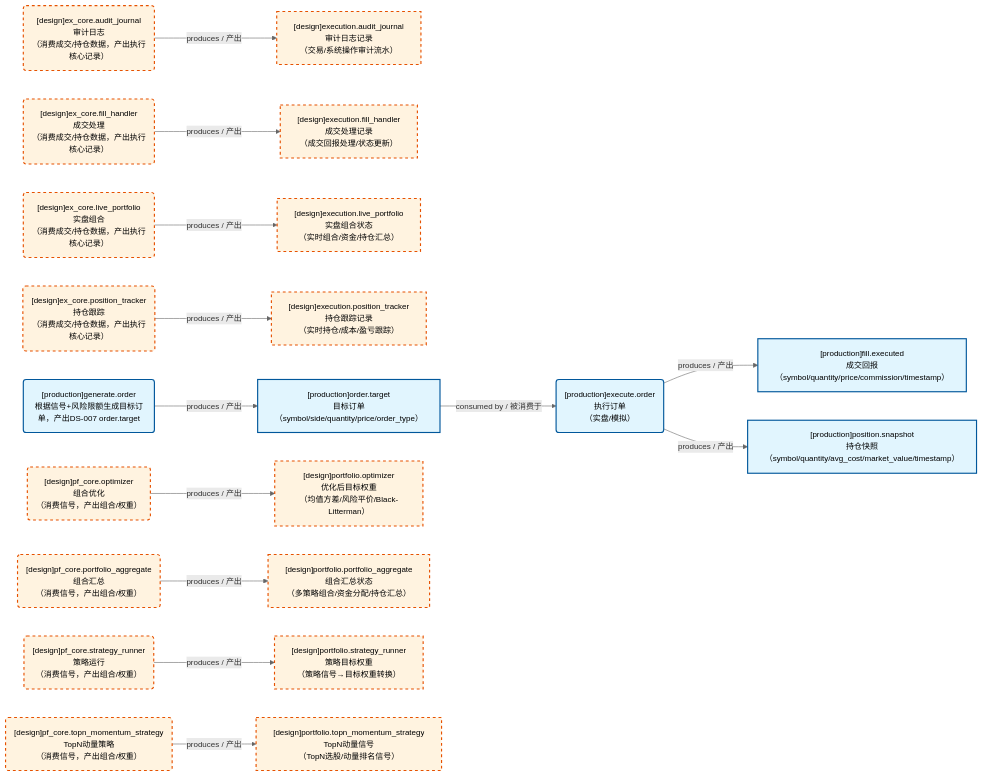
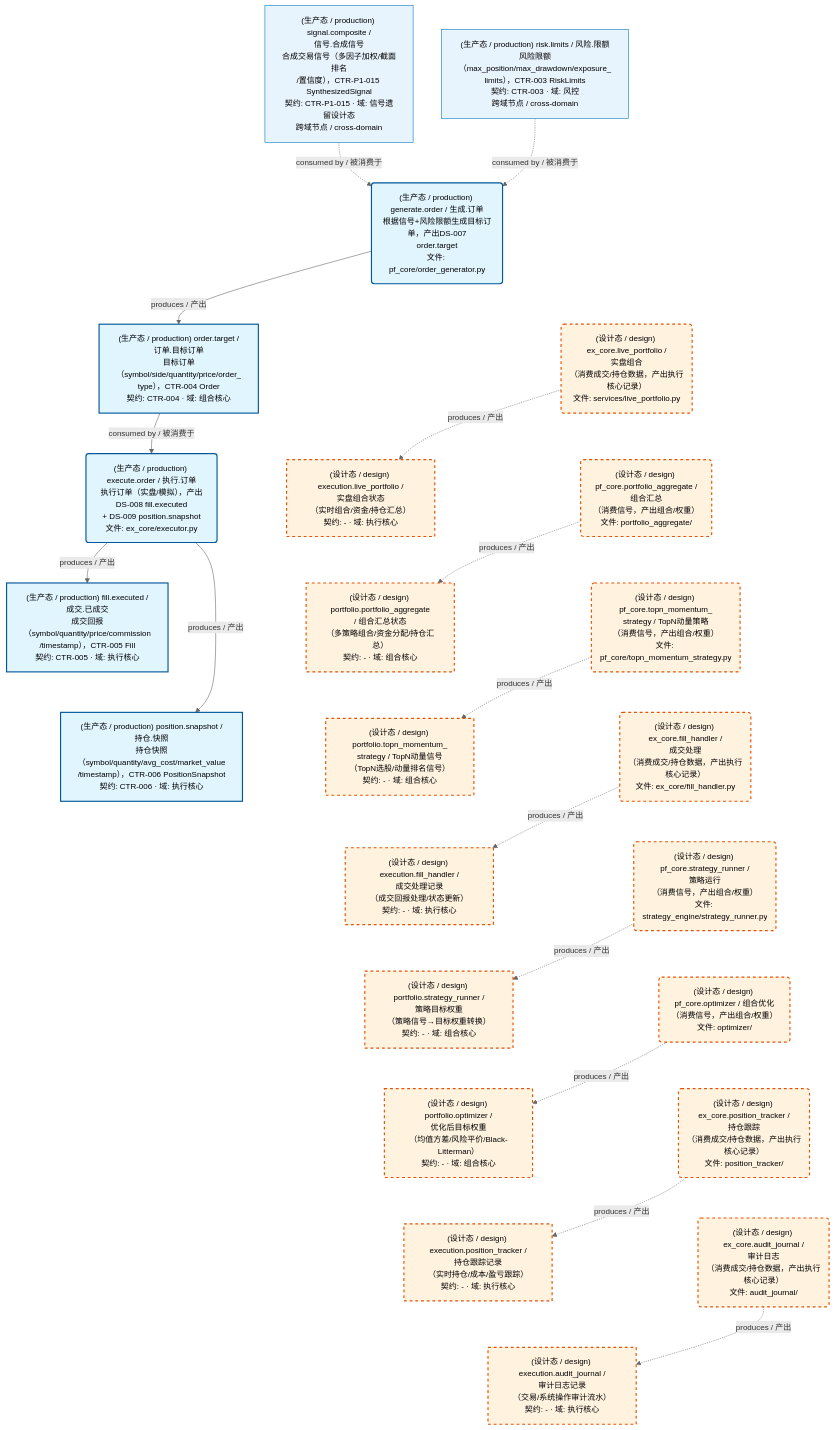
Before and after one commit to xuanFelixVan/ZephyrAlpha: the first of 3 diagrams in docs/02_enterprise_architecture/05_dataflow_architecture/d_ex_pf_core.md, drawn with Mermaid. The commit also changed other lines of this file and 15 other files, not shown here.

First line of the commit message:
feat(dataflow): 数据流图生成器模板 V1.2 全面升级——灰色主题+TD竖排+四要素+预折行+HTML联动

````diff
--- a/docs/02_enterprise_architecture/05_dataflow_architecture/d_ex_pf_core.md
+++ b/docs/02_enterprise_architecture/05_dataflow_architecture/d_ex_pf_core.md
@@ -25,41 +50,65 @@
 ```mermaid
-%%{init: {'theme': 'base', 'themeVariables': {'primaryColor': '#eaeaea', 'primaryTextColor': '#333333', 'primaryBorderColor': '#666666', 'lineColor': '#666666', 'secondaryColor': '#eaeaea', 'tertiaryColor': '#eaeaea', 'fontSize': '14px'}}}%%
-flowchart LR
-    DS11263["[design]execution.audit_journal<br/>审计日志记录<br/>（交易/系统操作审计流水）"]
-    DS11264["[design]execution.fill_handler<br/>成交处理记录<br/>（成交回报处理/状态更新）"]
-    DS11266["[design]execution.live_portfolio<br/>实盘组合状态<br/>（实时组合/资金/持仓汇总）"]
-    DS11265["[design]execution.position_tracker<br/>持仓跟踪记录<br/>（实时持仓/成本/盈亏跟踪）"]
-    DS12954["[production]fill.executed<br/>成交回报<br/>（symbol/quantity/price/commission/timestamp）"]
-    DS12953["[production]order.target<br/>目标订单<br/>（symbol/side/quantity/price/order_type）"]
-    DS11267["[design]portfolio.optimizer<br/>优化后目标权重<br/>（均值方差/风险平价/Black-Litterman）"]
-    DS11268["[design]portfolio.portfolio_aggregate<br/>组合汇总状态<br/>（多策略组合/资金分配/持仓汇总）"]
-    DS11269["[design]portfolio.strategy_runner<br/>策略目标权重<br/>（策略信号→目标权重转换）"]
-    DS11270["[design]portfolio.topn_momentum_strategy<br/>TopN动量信号<br/>（TopN选股/动量排名信号）"]
-    DS12955["[production]position.snapshot<br/>持仓快照<br/>（symbol/quantity/avg_cost/market_value/timestamp）"]
-    JOB757627("[design]ex_core.audit_journal<br/>审计日志<br/>（消费成交/持仓数据，产出执行核心记录）")
-    JOB757628("[design]ex_core.fill_handler<br/>成交处理<br/>（消费成交/持仓数据，产出执行核心记录）")
-    JOB757630("[design]ex_core.live_portfolio<br/>实盘组合<br/>（消费成交/持仓数据，产出执行核心记录）")
-    JOB757629("[design]ex_core.position_tracker<br/>持仓跟踪<br/>（消费成交/持仓数据，产出执行核心记录）")
-    JOB807121("[production]execute.order<br/>执行订单<br/>（实盘/模拟）")
-    JOB807120("[production]generate.order<br/>根据信号+风险限额生成目标订单，产出DS-007 order.target")
-    JOB757631("[design]pf_core.optimizer<br/>组合优化<br/>（消费信号，产出组合/权重）")
-    JOB757632("[design]pf_core.portfolio_aggregate<br/>组合汇总<br/>（消费信号，产出组合/权重）")
-    JOB757633("[design]pf_core.strategy_runner<br/>策略运行<br/>（消费信号，产出组合/权重）")
-    JOB757634("[design]pf_core.topn_momentum_strategy<br/>TopN动量策略<br/>（消费信号，产出组合/权重）")
-    JOB757627 -->|produces / 产出| DS11263
-    JOB757628 -->|produces / 产出| DS11264
-    JOB757629 -->|produces / 产出| DS11265
-    JOB757630 -->|produces / 产出| DS11266
-    JOB757631 -->|produces / 产出| DS11267
-    JOB757632 -->|produces / 产出| DS11268
-    JOB757633 -->|produces / 产出| DS11269
-    JOB757634 -->|produces / 产出| DS11270
-    JOB807120 -->|produces / 产出| DS12953
-    JOB807121 -->|produces / 产出| DS12954
-    JOB807121 -->|produces / 产出| DS12955
-    DS12953 -->|consumed by / 被消费于| JOB807121
+%%{init: {'theme': 'base', 'themeVariables': {'primaryColor': '#eaeaea', 'primaryTextColor': '#333333', 'primaryBorderColor': '#666666', 'lineColor': '#666666', 'secondaryColor': '#eaeaea', 'tertiaryColor': '#eaeaea', 'clusterBkg': 'transparent', 'clusterBorder': 'transparent', 'fontSize': '14px'}}}%%
+flowchart TD
+    DS11263["(设计态 / design) execution.audit_journal /<br/>审计日志记录<br/>（交易/系统操作审计流水）<br/>契约: - · 域: 执行核心"]
+    DS11264["(设计态 / design) execution.fill_handler /<br/>成交处理记录<br/>（成交回报处理/状态更新）<br/>契约: - · 域: 执行核心"]
+    DS11266["(设计态 / design) execution.live_portfolio /<br/>实盘组合状态<br/>（实时组合/资金/持仓汇总）<br/>契约: - · 域: 执行核心"]
+    DS11265["(设计态 / design) execution.position_tracker /<br/>持仓跟踪记录<br/>（实时持仓/成本/盈亏跟踪）<br/>契约: - · 域: 执行核心"]
+    DS16830["(生产态 / production) fill.executed /<br/>成交.已成交<br/>成交回报（symbol/quantity/price/commission<br/>/timestamp），CTR-005 Fill<br/>契约: CTR-005 · 域: 执行核心"]
+    DS16829["(生产态 / production) order.target /<br/>订单.目标订单<br/>目标订单（symbol/side/quantity/price/order_<br/>type），CTR-004 Order<br/>契约: CTR-004 · 域: 组合核心"]
+    DS11267["(设计态 / design) portfolio.optimizer /<br/>优化后目标权重<br/>（均值方差/风险平价/Black-Litterman）<br/>契约: - · 域: 组合核心"]
+    DS11268["(设计态 / design) portfolio.portfolio_aggregate<br/>/ 组合汇总状态<br/>（多策略组合/资金分配/持仓汇总）<br/>契约: - · 域: 组合核心"]
+    DS11269["(设计态 / design) portfolio.strategy_runner /<br/>策略目标权重<br/>（策略信号→目标权重转换）<br/>契约: - · 域: 组合核心"]
+    DS11270["(设计态 / design) portfolio.topn_momentum_<br/>strategy / TopN动量信号<br/>（TopN选股/动量排名信号）<br/>契约: - · 域: 组合核心"]
+    DS16831["(生产态 / production) position.snapshot /<br/>持仓.快照<br/>持仓快照（symbol/quantity/avg_cost/market_value<br/>/timestamp），CTR-006 PositionSnapshot<br/>契约: CTR-006 · 域: 执行核心"]
+    JOB757627("(设计态 / design) ex_core.audit_journal /<br/>审计日志<br/>（消费成交/持仓数据，产出执行核心记录）<br/>文件: audit_journal/")
+    JOB757628("(设计态 / design) ex_core.fill_handler /<br/>成交处理<br/>（消费成交/持仓数据，产出执行核心记录）<br/>文件: ex_core/fill_handler.py")
+    JOB757630("(设计态 / design) ex_core.live_portfolio /<br/>实盘组合<br/>（消费成交/持仓数据，产出执行核心记录）<br/>文件: services/live_portfolio.py")
+    JOB757629("(设计态 / design) ex_core.position_tracker /<br/>持仓跟踪<br/>（消费成交/持仓数据，产出执行核心记录）<br/>文件: position_tracker/")
+    JOB859262("(生产态 / production) execute.order / 执行.订单<br/>执行订单（实盘/模拟），产出DS-008 fill.executed<br/>+ DS-009 position.snapshot<br/>文件: ex_core/executor.py")
+    JOB859261("(生产态 / production) generate.order / 生成.订单<br/>根据信号+风险限额生成目标订单，产出DS-007<br/>order.target<br/>文件: pf_core/order_generator.py")
+    JOB757631("(设计态 / design) pf_core.optimizer / 组合优化<br/>（消费信号，产出组合/权重）<br/>文件: optimizer/")
+    JOB757632("(设计态 / design) pf_core.portfolio_aggregate /<br/>组合汇总<br/>（消费信号，产出组合/权重）<br/>文件: portfolio_aggregate/")
+    JOB757633("(设计态 / design) pf_core.strategy_runner /<br/>策略运行<br/>（消费信号，产出组合/权重）<br/>文件: strategy_engine/strategy_runner.py")
+    JOB757634("(设计态 / design) pf_core.topn_momentum_<br/>strategy / TopN动量策略<br/>（消费信号，产出组合/权重）<br/>文件: pf_core/topn_momentum_strategy.py")
+    DS16827["(生产态 / production) signal.composite /<br/>信号.合成信号<br/>合成交易信号（多因子加权/截面排名<br/>/置信度），CTR-P1-015 SynthesizedSignal<br/>契约: CTR-P1-015 · 域: 信号遗留设计态<br/>跨域节点 / cross-domain"]
+    DS16828["(生产态 / production) risk.limits / 风险.限额<br/>风险限额（max_position/max_drawdown/exposure_<br/>limits），CTR-003 RiskLimits<br/>契约: CTR-003 · 域: 风控<br/>跨域节点 / cross-domain"]
+    JOB859261 -->|produces / 产出| DS16829
+    JOB859262 -->|produces / 产出| DS16830
+    JOB859262 -->|produces / 产出| DS16831
+    JOB757627 -.->|produces / 产出| DS11263
+    JOB757628 -.->|produces / 产出| DS11264
+    JOB757629 -.->|produces / 产出| DS11265
+    JOB757630 -.->|produces / 产出| DS11266
+    JOB757631 -.->|produces / 产出| DS11267
+    JOB757632 -.->|produces / 产出| DS11268
+    JOB757633 -.->|produces / 产出| DS11269
+    JOB757634 -.->|produces / 产出| DS11270
+    DS16827 -.->|consumed by / 被消费于| JOB859261
+    DS16828 -.->|consumed by / 被消费于| JOB859261
+    DS16829 -->|consumed by / 被消费于| JOB859262
+    JOB859261 ~~~ JOB757630
+    JOB757630 ~~~ JOB757632
+    JOB757632 ~~~ JOB757634
+    JOB757634 ~~~ JOB757628
+    JOB757628 ~~~ JOB757633
+    JOB757633 ~~~ JOB757631
+    JOB757631 ~~~ JOB757629
+    JOB757629 ~~~ JOB757627
+    DS16829 ~~~ DS11266
+    DS11266 ~~~ DS11268
+    DS11268 ~~~ DS11270
+    DS11270 ~~~ DS11264
+    DS11264 ~~~ DS11269
+    DS11269 ~~~ DS11267
+    DS11267 ~~~ DS11265
+    DS11265 ~~~ DS11263
+    DS16830 ~~~ DS16831
+    classDef production fill:#e1f5fe,stroke:#01579b,stroke-width:2px,color:#000
     classDef design fill:#fff3e0,stroke:#e65100,stroke-width:2px,color:#000,stroke-dasharray: 5 5
-    classDef production fill:#e1f5fe,stroke:#01579b,stroke-width:2px,color:#000
+    classDef external_prod fill:#e8f4fd,stroke:#0277bd,stroke-width:1px,color:#000
+    classDef external_design fill:#fff8e7,stroke:#ef6c00,stroke-width:1px,color:#000,stroke-dasharray: 5 5
+    class DS16830,DS16829,DS16831,JOB859262,JOB859261 production
     class DS11263,DS11264,DS11266,DS11265,DS11267,DS11268,DS11269,DS11270,JOB757627,JOB757628,JOB757630,JOB757629,JOB757631,JOB757632,JOB757633,JOB757634 design
-    class DS12954,DS12953,DS12955,JOB807121,JOB807120 production
+    class DS16827,DS16828 external_prod
 ```
````
